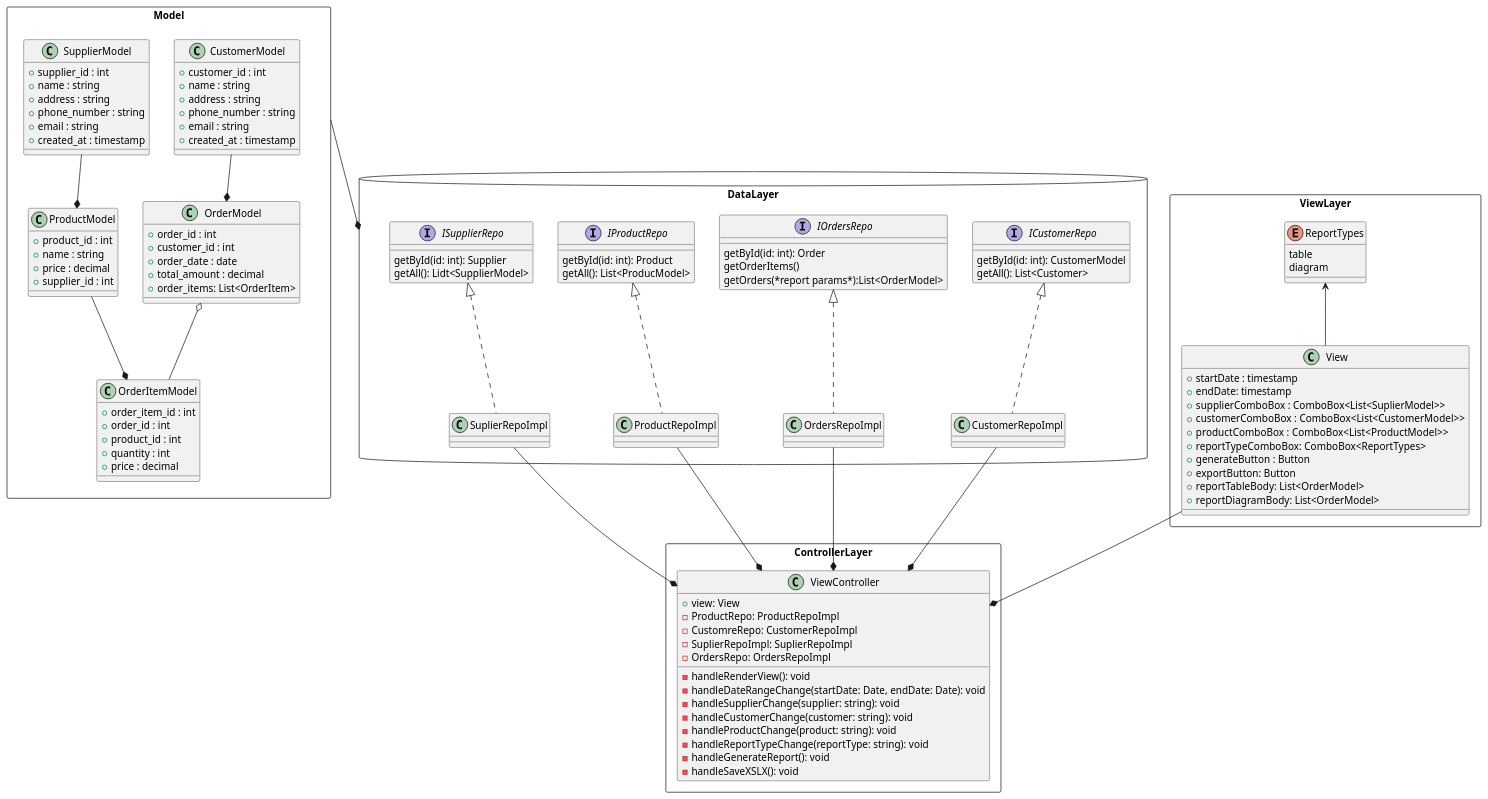
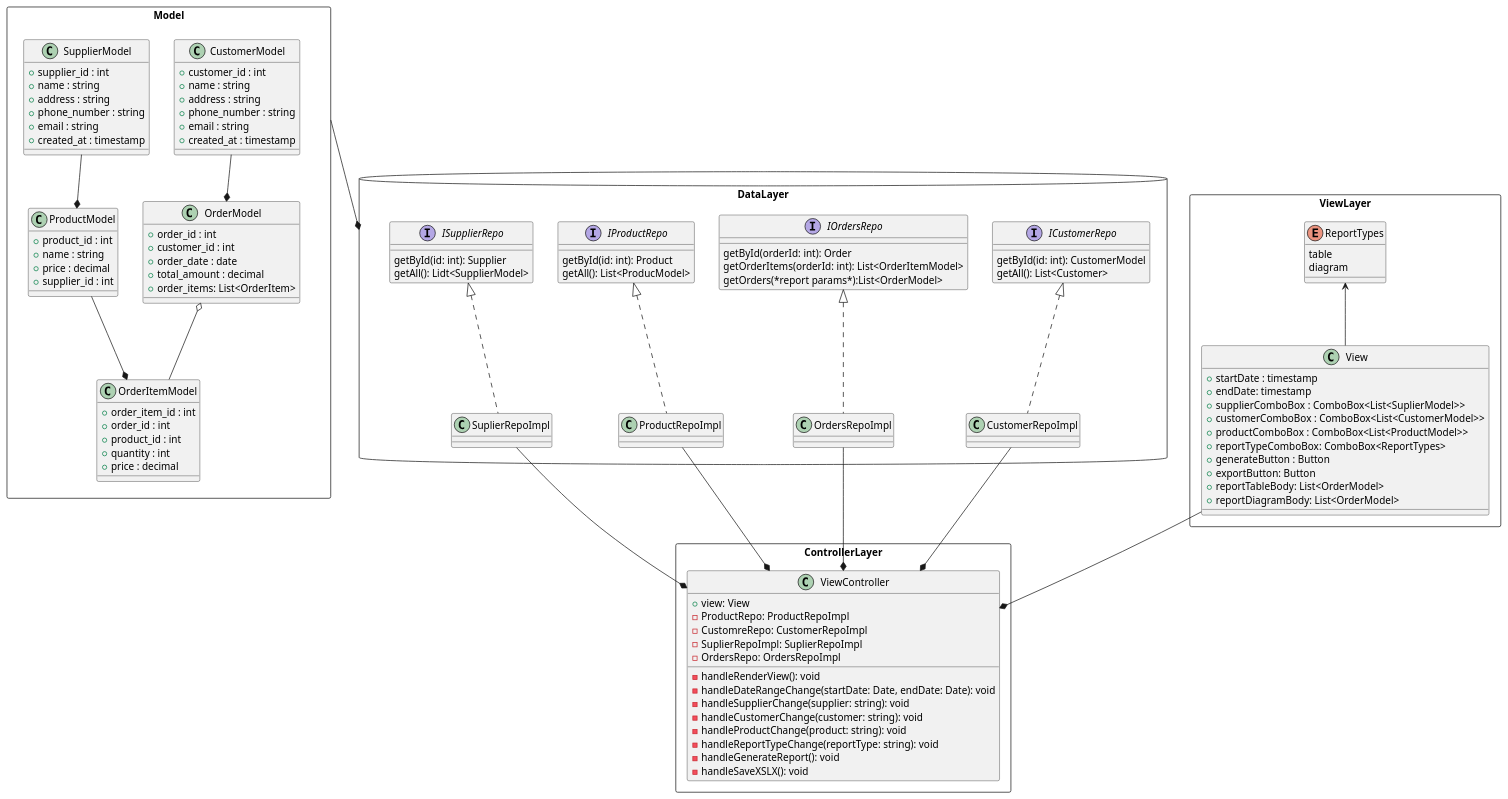
Before and after one commit to clover-soft/soft-architecture: the diagram in uml_diagram/wholesale_report_service.puml, drawn with PlantUML. The commit also changed 1 other file, not shown here.

```diff
--- a/uml_diagram/wholesale_report_service.puml
+++ b/uml_diagram/wholesale_report_service.puml
@@ -1,136 +1,136 @@
 @startuml SPA wholesale report service
 
 package "Model" <<rectangle>> {
   class CustomerModel {
     + customer_id : int
     + name : string
     + address : string
     + phone_number : string
     + email : string
     + created_at : timestamp
   }
 
   class OrderItemModel {
     + order_item_id : int
     + order_id : int
     + product_id : int
     + quantity : int
     + price : decimal
   }
 
   class OrderModel {
     + order_id : int
     + customer_id : int
     + order_date : date
     + total_amount : decimal
     + order_items: List<OrderItem>
   }
 
   class ProductModel {
     + product_id : int
     + name : string
     + price : decimal
     + supplier_id : int
   }
 
   class SupplierModel {
     + supplier_id : int
     + name : string
     + address : string
     + phone_number : string
     + email : string
     + created_at : timestamp
   }
 
   CustomerModel --* OrderModel
   OrderModel o-- OrderItemModel
   ProductModel --* OrderItemModel
   SupplierModel --* ProductModel
 }
 package "DataLayer" <<database>> {
   interface ICustomerRepo {
     getById(id: int): CustomerModel
     getAll(): List<Customer>
   }
   interface IOrdersRepo {
-    getById(id: int): Order
-    getOrderItems()
+    getById(orderId: int): Order
+    getOrderItems(orderId: int): List<OrderItemModel>
     getOrders(*report params*):List<OrderModel>
   }
   interface IProductRepo {
     getById(id: int): Product
     getAll(): List<ProducModel>
   }
   interface ISupplierRepo {
 
     getById(id: int): Supplier
     getAll(): Lidt<SupplierModel>
   }
 
   class CustomerRepoImpl implements ICustomerRepo {
 
   }
   class SuplierRepoImpl implements ISupplierRepo {
 
   }
   class ProductRepoImpl implements IProductRepo {
 
   }
   class OrdersRepoImpl implements IOrdersRepo {
 
   }
 }
 
 package "ViewLayer" <<rectangle>> {
   class View {
     + startDate : timestamp
     + endDate: timestamp
     + supplierComboBox : ComboBox<List<SuplierModel>>
     + customerComboBox : ComboBox<List<CustomerModel>>
     + productComboBox : ComboBox<List<ProductModel>>
     + reportTypeComboBox: ComboBox<ReportTypes>
     + generateButton : Button
     + exportButton: Button
     + reportTableBody: List<OrderModel>
     + reportDiagramBody: List<OrderModel>
   }
 
   enum ReportTypes {
     table
     diagram
   }
 
   ReportTypes <-- View
   ' ProductModel <-- View
   ' SupplierModel <-- View
   ' CustomerModel <-- View
   ' OrderModel <-- View
 
 }
 
 package "ControllerLayer" <<rectangle>> {
   class ViewController {
     + view: View
     - ProductRepo: ProductRepoImpl
     - CustomreRepo: CustomerRepoImpl
     - SuplierRepoImpl: SuplierRepoImpl
     - OrdersRepo: OrdersRepoImpl 
     - handleRenderView(): void
     - handleDateRangeChange(startDate: Date, endDate: Date): void
     - handleSupplierChange(supplier: string): void
     - handleCustomerChange(customer: string): void
     - handleProductChange(product: string): void
     - handleReportTypeChange(reportType: string): void
     - handleGenerateReport(): void
     - handleSaveXSLX(): void
   }
   View --* ViewController
   ProductRepoImpl --* ViewController
   SuplierRepoImpl --* ViewController
   CustomerRepoImpl --* ViewController
   OrdersRepoImpl --* ViewController
 }
 ' ModelLayer <-[dashed]- ViewLayer
 Model --* DataLayer
 
 @enduml
```
